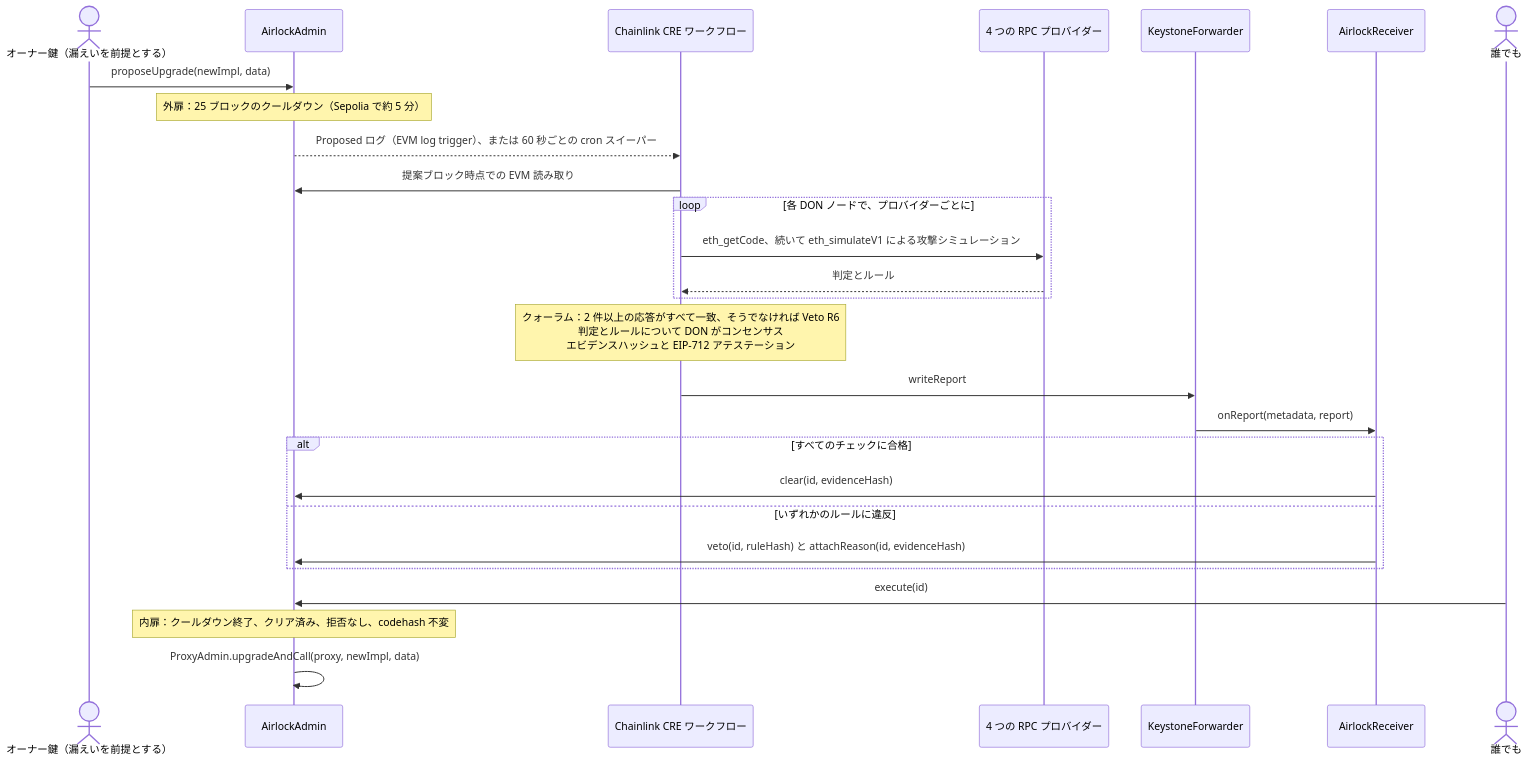
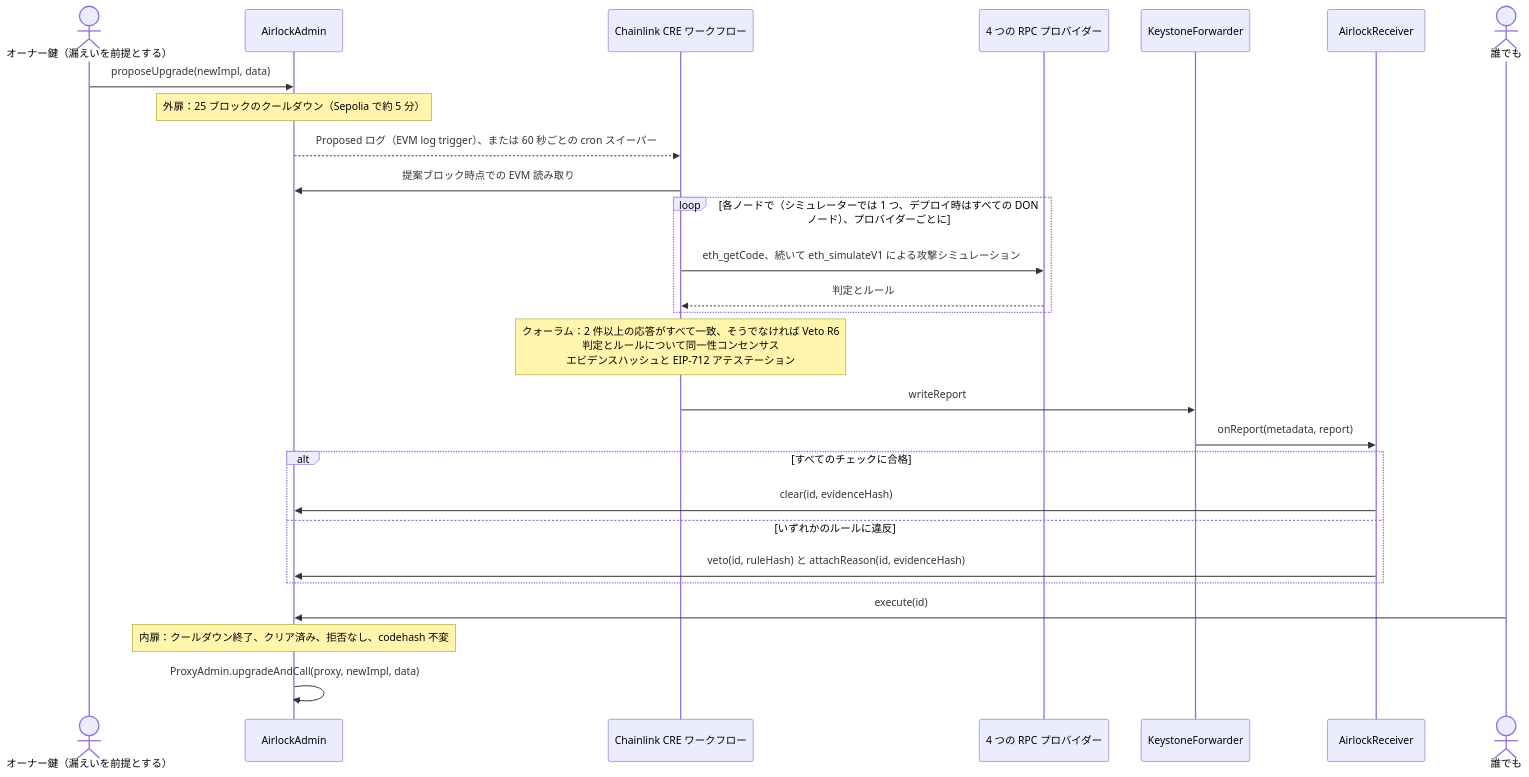
The diagram in README.ja.md (tedinroc/upgrade-airlock), drawn with Mermaid before and after one commit. The commit also changed other lines of this file and 37 other files, not shown here.

````diff
--- a/README.ja.md
+++ b/README.ja.md
@@ -52,30 +53,30 @@
 ```mermaid
 sequenceDiagram
     actor Owner as オーナー鍵（漏えいを前提とする）
     participant Admin as AirlockAdmin
     participant CRE as Chainlink CRE ワークフロー
     participant RPC as 4 つの RPC プロバイダー
     participant Fwd as KeystoneForwarder
     participant Recv as AirlockReceiver
     actor Anyone as 誰でも
 
     Owner->>Admin: proposeUpgrade(newImpl, data)
     Note over Admin: 外扉：25 ブロックのクールダウン（Sepolia で約 5 分）
     Admin-->>CRE: Proposed ログ（EVM log trigger）、または 60 秒ごとの cron スイーパー
     CRE->>Admin: 提案ブロック時点での EVM 読み取り
-    loop 各 DON ノードで、プロバイダーごとに
+    loop 各ノードで（シミュレーターでは 1 つ、デプロイ時はすべての DON ノード）、プロバイダーごとに
         CRE->>RPC: eth_getCode、続いて eth_simulateV1 による攻撃シミュレーション
         RPC-->>CRE: 判定とルール
     end
-    Note over CRE: クォーラム：2 件以上の応答がすべて一致、そうでなければ Veto R6<br/>判定とルールについて DON がコンセンサス<br/>エビデンスハッシュと EIP-712 アテステーション
+    Note over CRE: クォーラム：2 件以上の応答がすべて一致、そうでなければ Veto R6<br/>判定とルールについて同一性コンセンサス<br/>エビデンスハッシュと EIP-712 アテステーション
     CRE->>Fwd: writeReport
     Fwd->>Recv: onReport(metadata, report)
     alt すべてのチェックに合格
         Recv->>Admin: clear(id, evidenceHash)
     else いずれかのルールに違反
         Recv->>Admin: veto(id, ruleHash) と attachReason(id, evidenceHash)
     end
     Anyone->>Admin: execute(id)
     Note over Admin: 内扉：クールダウン終了、クリア済み、拒否なし、codehash 不変
     Admin->>Admin: ProxyAdmin.upgradeAndCall(proxy, newImpl, data)
 ```
````
